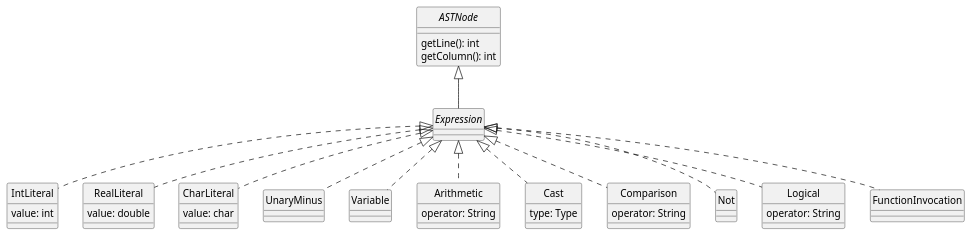
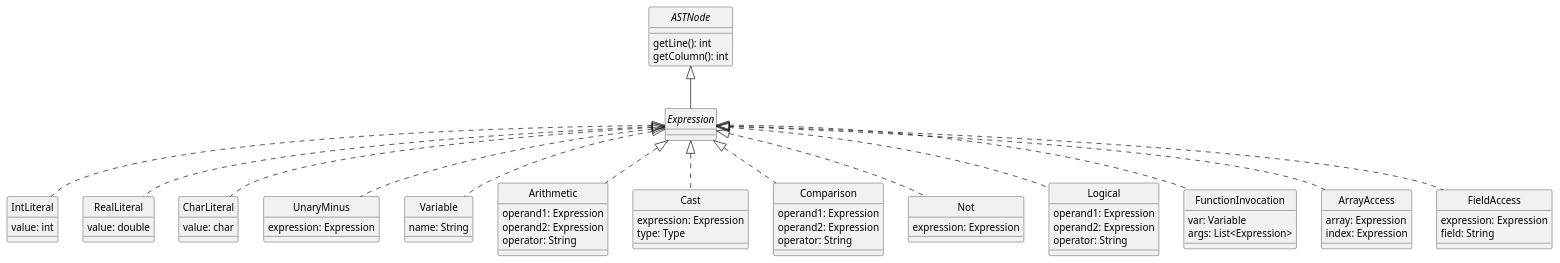
The diagram in docs/diagrams/expressions.plantuml (uo271288/dlp-compiler), drawn with PlantUML before and after one commit. The commit also changed 36 other files, not shown here.

Commit message:
Diagrams updated and classes created

```diff
--- a/docs/diagrams/expressions.plantuml
+++ b/docs/diagrams/expressions.plantuml
@@ -1,60 +1,90 @@
 @startuml Expressions
 skinparam style strictuml
 skinparam monochrome true
 
 
 interface ASTNode {
     getLine(): int
     getColumn(): int
 }
 
 interface Expression
 
 class IntLiteral {
     value: int
 }
 
 class RealLiteral {
     value: double
 }
 
 class CharLiteral {
     value: char
 }
 
-class UnaryMinus
+class UnaryMinus {
+    expression: Expression
+}
 
-class Variable
+class Variable{
+    name: String
+}
+
 class Arithmetic {
+    operand1: Expression
+    operand2: Expression
     operator: String
 }
 
 class Cast {
+    expression: Expression
     type: Type
 }
 
 class Comparison {
+    operand1: Expression
+    operand2: Expression
     operator: String
 }
 
-class Not
+class Not {
+    expression: Expression
+}
+
 class Logical {
+    operand1: Expression
+    operand2: Expression
     operator: String
 }
 
-class FunctionInvocation
+class FunctionInvocation {
+    var: Variable
+    args: List<Expression>
+}
+
+class ArrayAccess {
+    array: Expression
+    index: Expression
+}
+
+class FieldAccess {
+    expression: Expression
+    field: String
+}
 
 ASTNode <|-- Expression
 Expression <|.. IntLiteral
 Expression <|.. RealLiteral
 Expression <|.. CharLiteral
 Expression <|.. UnaryMinus
 Expression <|.. Variable
 Expression <|.. Arithmetic
 Expression <|.. Cast
 Expression <|.. Comparison
 Expression <|.. Not
 Expression <|.. Logical
 Expression <|.. FunctionInvocation
+Expression <|.. FieldAccess
+Expression <|.. ArrayAccess
 
 @enduml
```
